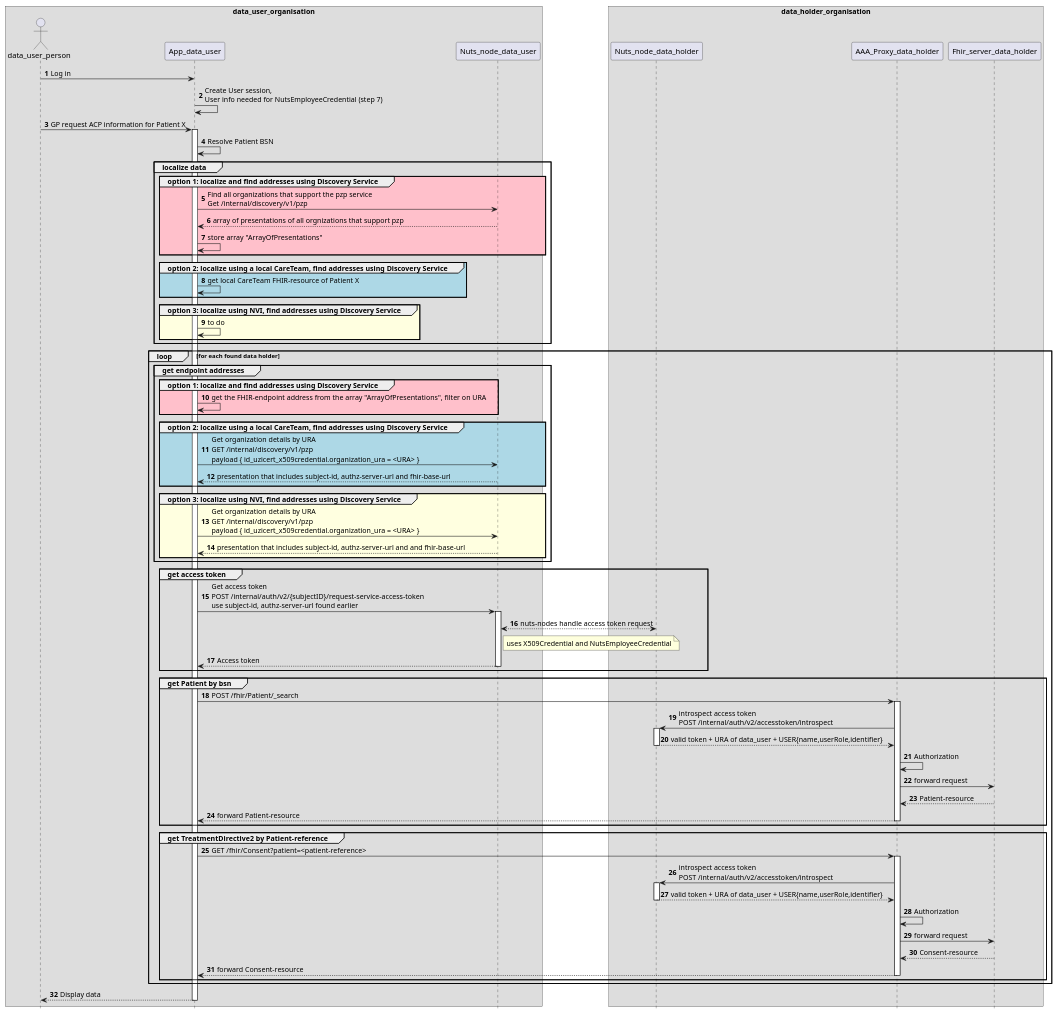
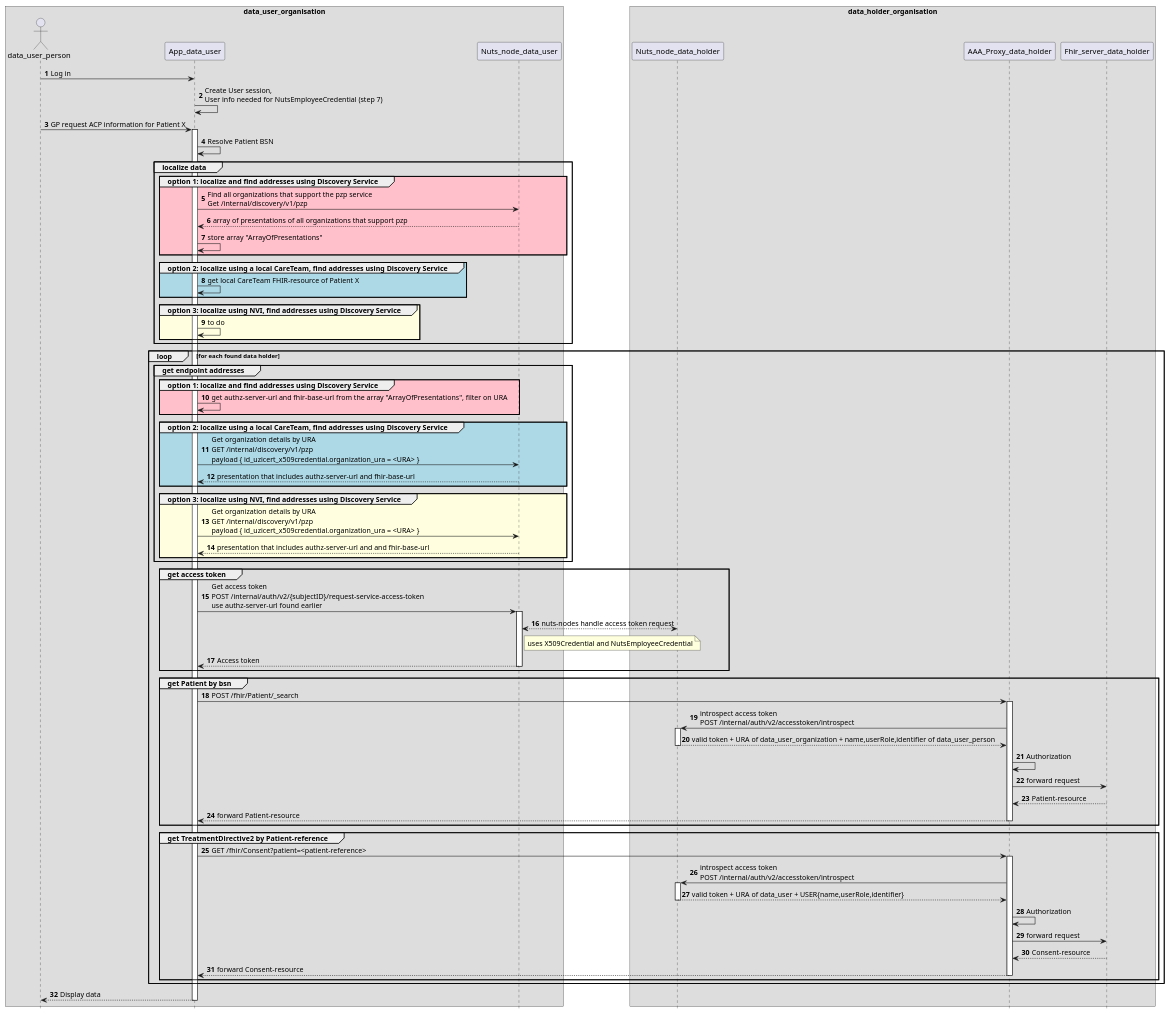
One commit to nuts-foundation/application-on-nuts-acp-pzp changed the diagram in sequence-diagrams/request-data-from-multiple-data-holders.puml. Above: the diagram before and after it, drawn with PlantUML. The commit also changed 1 other file, not shown here.

Commit message:
processed remarks of rein (subject-id is only used internally)

```diff
--- a/sequence-diagrams/request-data-from-multiple-data-holders.puml
+++ b/sequence-diagrams/request-data-from-multiple-data-holders.puml
@@ -1,98 +1,98 @@
 @startuml
 hide footbox
 autonumber
 skinparam BoxPadding 20
 
 box data_user_organisation
 actor data_user_person
 participant App_data_user
 participant Nuts_node_data_user
 end box
 
 box data_holder_organisation
 participant Nuts_node_data_holder
 participant AAA_Proxy_data_holder
 participant Fhir_server_data_holder
 end box
 data_user_person -> App_data_user : Log in
 App_data_user -> App_data_user : Create User session, \nUser info needed for NutsEmployeeCredential (step 7)
 
 data_user_person -> App_data_user : GP request ACP information for Patient X
 activate App_data_user
     App_data_user -> App_data_user: Resolve Patient BSN
 
     group localize data
         group #pink option 1: localize and find addresses using Discovery Service
             App_data_user -> Nuts_node_data_user: Find all organizations that support the pzp service \nGet /internal/discovery/v1/pzp
-            Nuts_node_data_user --> App_data_user: array of presentations of all orgnizations that support pzp
+            Nuts_node_data_user --> App_data_user: array of presentations of all organizations that support pzp
             App_data_user-> App_data_user: store array "ArrayOfPresentations"
         end group
 
         group #lightblue option 2: localize using a local CareTeam, find addresses using Discovery Service
             App_data_user -> App_data_user: get local CareTeam FHIR-resource of Patient X
         end group
 
         group #LightYellow option 3: localize using NVI, find addresses using Discovery Service
             App_data_user->App_data_user: to do
         end group
     end group
 
     loop for each found data holder
         group get endpoint addresses
             group #pink option 1: localize and find addresses using Discovery Service
-                App_data_user-> App_data_user: get the FHIR-endpoint address from the array "ArrayOfPresentations", filter on URA
+                App_data_user-> App_data_user: get authz-server-url and fhir-base-url from the array "ArrayOfPresentations", filter on URA
             end group
             
             group #lightblue option 2: localize using a local CareTeam, find addresses using Discovery Service
                 App_data_user -> Nuts_node_data_user: Get organization details by URA \nGET /internal/discovery/v1/pzp \npayload { id_uzicert_x509credential.organization_ura = <URA> }
-                Nuts_node_data_user --> App_data_user: presentation that includes subject-id, authz-server-url and fhir-base-url
+                Nuts_node_data_user --> App_data_user: presentation that includes authz-server-url and fhir-base-url
             end group
 
             group #LightYellow option 3: localize using NVI, find addresses using Discovery Service
                 App_data_user -> Nuts_node_data_user: Get organization details by URA \nGET /internal/discovery/v1/pzp \npayload { id_uzicert_x509credential.organization_ura = <URA> }
-                Nuts_node_data_user --> App_data_user: presentation that includes subject-id, authz-server-url and and fhir-base-url
+                Nuts_node_data_user --> App_data_user: presentation that includes authz-server-url and and fhir-base-url
             end group
         end group
 
         group get access token    
-            App_data_user -> Nuts_node_data_user: Get access token \nPOST /internal/auth/v2/{subjectID}/request-service-access-token \nuse subject-id, authz-server-url found earlier
+            App_data_user -> Nuts_node_data_user: Get access token \nPOST /internal/auth/v2/{subjectID}/request-service-access-token \nuse authz-server-url found earlier
             activate Nuts_node_data_user
                 Nuts_node_data_user <--> Nuts_node_data_holder : nuts-nodes handle access token request
                 note right of Nuts_node_data_user : uses X509Credential and NutsEmployeeCredential
                 Nuts_node_data_user --> App_data_user : Access token
             deactivate Nuts_node_data_user
         end group
 
         group get Patient by bsn
             App_data_user -> AAA_Proxy_data_holder: POST /fhir/Patient/_search
             activate AAA_Proxy_data_holder
                 AAA_Proxy_data_holder -> Nuts_node_data_holder : introspect access token\nPOST /internal/auth/v2/accesstoken/introspect
                 activate Nuts_node_data_holder
-                    Nuts_node_data_holder-->AAA_Proxy_data_holder : valid token + URA of data_user + USER{name,userRole,identifier}
+                    Nuts_node_data_holder-->AAA_Proxy_data_holder : valid token + URA of data_user_organization + name,userRole,identifier of data_user_person
                 deactivate Nuts_node_data_holder
                 AAA_Proxy_data_holder -> AAA_Proxy_data_holder: Authorization
                 AAA_Proxy_data_holder->Fhir_server_data_holder: forward request
                 Fhir_server_data_holder-->AAA_Proxy_data_holder: Patient-resource
                 AAA_Proxy_data_holder --> App_data_user: forward Patient-resource
             deactivate AAA_Proxy_data_holder
         end group
 
         group get TreatmentDirective2 by Patient-reference
             App_data_user -> AAA_Proxy_data_holder: GET /fhir/Consent?patient=<patient-reference>
             activate AAA_Proxy_data_holder
                 AAA_Proxy_data_holder -> Nuts_node_data_holder : introspect access token\nPOST /internal/auth/v2/accesstoken/introspect
                 activate Nuts_node_data_holder
                     Nuts_node_data_holder-->AAA_Proxy_data_holder : valid token + URA of data_user + USER{name,userRole,identifier}
                 deactivate Nuts_node_data_holder
                 AAA_Proxy_data_holder -> AAA_Proxy_data_holder: Authorization
                 AAA_Proxy_data_holder->Fhir_server_data_holder: forward request
                 Fhir_server_data_holder-->AAA_Proxy_data_holder: Consent-resource
                 AAA_Proxy_data_holder --> App_data_user: forward Consent-resource
             deactivate AAA_Proxy_data_holder
         end group
     end loop
     
     App_data_user-->data_user_person : Display data
 deactivate App_data_user
 
 @enduml
```
